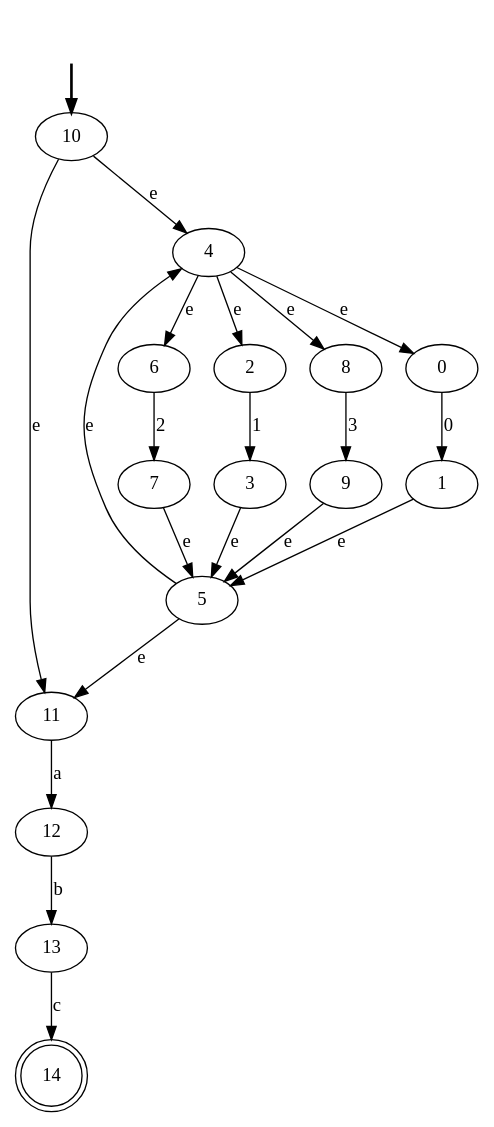
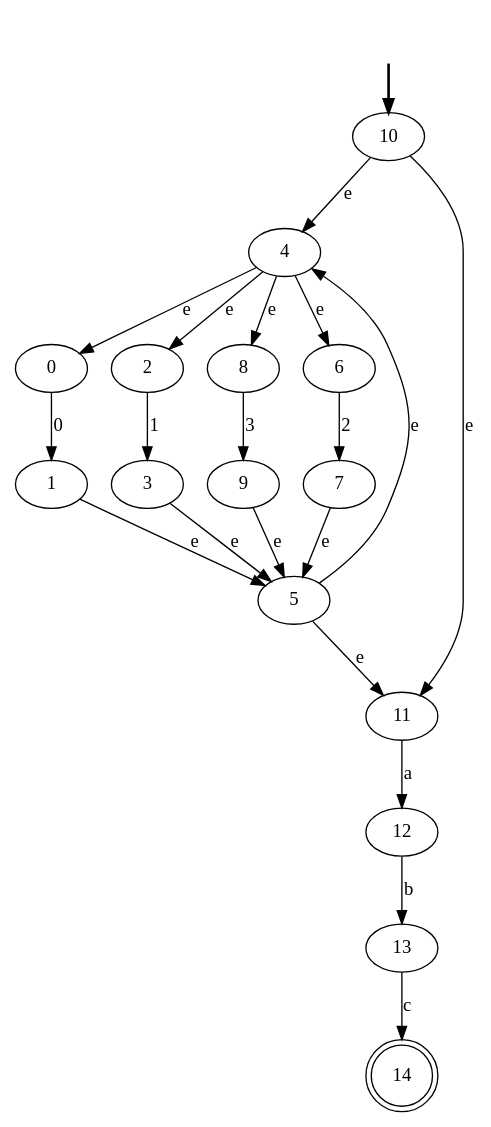
One commit to maupeon/Compiladores changed the diagram in Tarea 1/graphic_NFA.dot. Above: the diagram before and after it, drawn with Graphviz. The commit also changed other lines of this file and 4 other files, not shown here.

```diff
--- a/Tarea 1/graphic_NFA.dot
+++ b/Tarea 1/graphic_NFA.dot
@@ -1,38 +1,38 @@
 digraph {
 	fake0 [style=invisible]
+	4
+	1
+	3
+	0
+	2
+	11
+	5
 	14 [shape=doublecircle]
-	6
-	9
-	2
 	8
 	12
-	5
+	13
+	10 [root=true]
 	7
-	11
-	1
-	4
-	13
-	3
-	0
-	10 [root=true]
+	9
+	6
 	fake0 -> 10 [style=bold]
 	0 -> 1 [label=0]
 	2 -> 3 [label=1]
+	4 -> 0 [label=e]
 	4 -> 2 [label=e]
+	4 -> 8 [label=e]
 	4 -> 6 [label=e]
-	4 -> 8 [label=e]
-	4 -> 0 [label=e]
 	1 -> 5 [label=e]
 	3 -> 5 [label=e]
 	6 -> 7 [label=2]
 	7 -> 5 [label=e]
 	8 -> 9 [label=3]
 	9 -> 5 [label=e]
 	10 -> 11 [label=e]
 	10 -> 4 [label=e]
 	5 -> 11 [label=e]
 	5 -> 4 [label=e]
 	11 -> 12 [label=a]
 	12 -> 13 [label=b]
 	13 -> 14 [label=c]
 }
```
